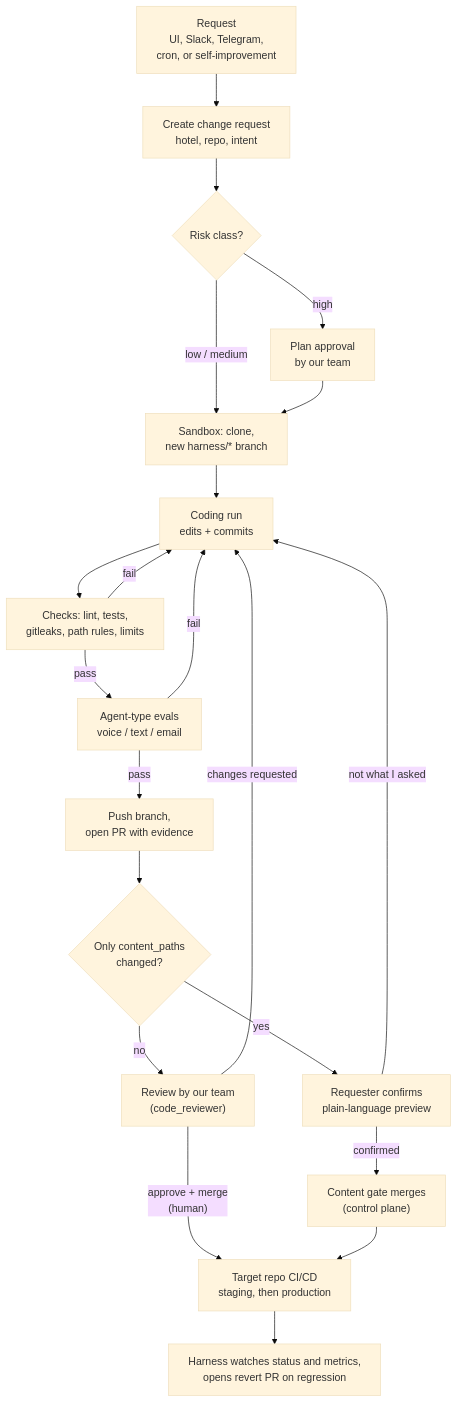
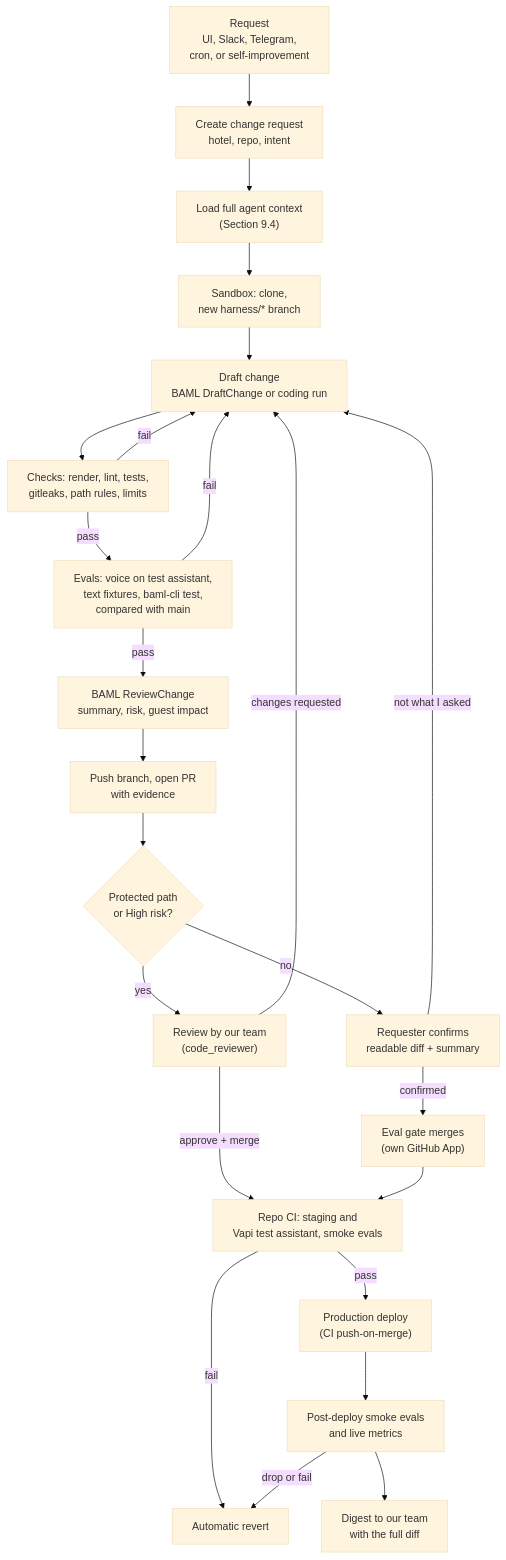
The third of 4 diagrams in docs/architecture.md (nikhilllmno/vorflux), drawn with Mermaid (base theme) before and after one commit. The commit also changed other lines of this file, not shown here.

First line of the commit message:
docs: apply round-4 answers: eval gate, BAML, standard hotel layout

````diff
--- a/docs/architecture.md
+++ b/docs/architecture.md
@@ -667,28 +800,31 @@
 ```mermaid
 ---
 config:
   flowchart:
     wrappingWidth: 1000
 ---
 flowchart TD
   A["Request<br/>UI, Slack, Telegram,<br/>cron, or self-improvement"] --> B["Create change request<br/>hotel, repo, intent"]
-  B --> C{"Risk class?"}
-  C -->|"high"| D["Plan approval<br/>by our team"]
-  C -->|"low / medium"| E["Sandbox: clone,<br/>new harness/* branch"]
-  D --> E
-  E --> F["Coding run<br/>edits + commits"]
-  F --> G["Checks: lint, tests,<br/>gitleaks, path rules, limits"]
+  B --> C["Load full agent context<br/>(Section 9.4)"]
+  C --> E["Sandbox: clone,<br/>new harness/* branch"]
+  E --> F["Draft change<br/>BAML DraftChange or coding run"]
+  F --> G["Checks: render, lint, tests,<br/>gitleaks, path rules, limits"]
   G -->|"fail"| F
-  G -->|"pass"| H["Agent-type evals<br/>voice / text / email"]
+  G -->|"pass"| H["Evals: voice on test assistant,<br/>text fixtures, baml-cli test,<br/>compared with main"]
   H -->|"fail"| F
-  H -->|"pass"| I["Push branch,<br/>open PR with evidence"]
-  I --> T{"Only content_paths<br/>changed?"}
-  T -->|"no"| J["Review by our team<br/>(code_reviewer)"]
-  T -->|"yes"| P["Requester confirms<br/>plain-language preview"]
-  P -->|"confirmed"| CG["Content gate merges<br/>(control plane)"]
+  H -->|"pass"| R["BAML ReviewChange<br/>summary, risk, guest impact"]
+  R --> I["Push branch, open PR<br/>with evidence"]
+  I --> T{"Protected path<br/>or High risk?"}
+  T -->|"yes"| J["Review by our team<br/>(code_reviewer)"]
+  T -->|"no"| P["Requester confirms<br/>readable diff + summary"]
   P -->|"not what I asked"| F
+  P -->|"confirmed"| CG["Eval gate merges<br/>(own GitHub App)"]
   J -->|"changes requested"| F
-  J -->|"approve + merge<br/>(human)"| K["Target repo CI/CD<br/>staging, then production"]
-  CG --> K
-  K --> L["Harness watches status and metrics,<br/>opens revert PR on regression"]
+  J -->|"approve + merge"| K
+  CG --> K["Repo CI: staging and<br/>Vapi test assistant, smoke evals"]
+  K -->|"pass"| PR["Production deploy<br/>(CI push-on-merge)"]
+  K -->|"fail"| RV["Automatic revert"]
+  PR --> L["Post-deploy smoke evals<br/>and live metrics"]
+  L -->|"drop or fail"| RV
+  L --> DG["Digest to our team<br/>with the full diff"]
 ```
````
